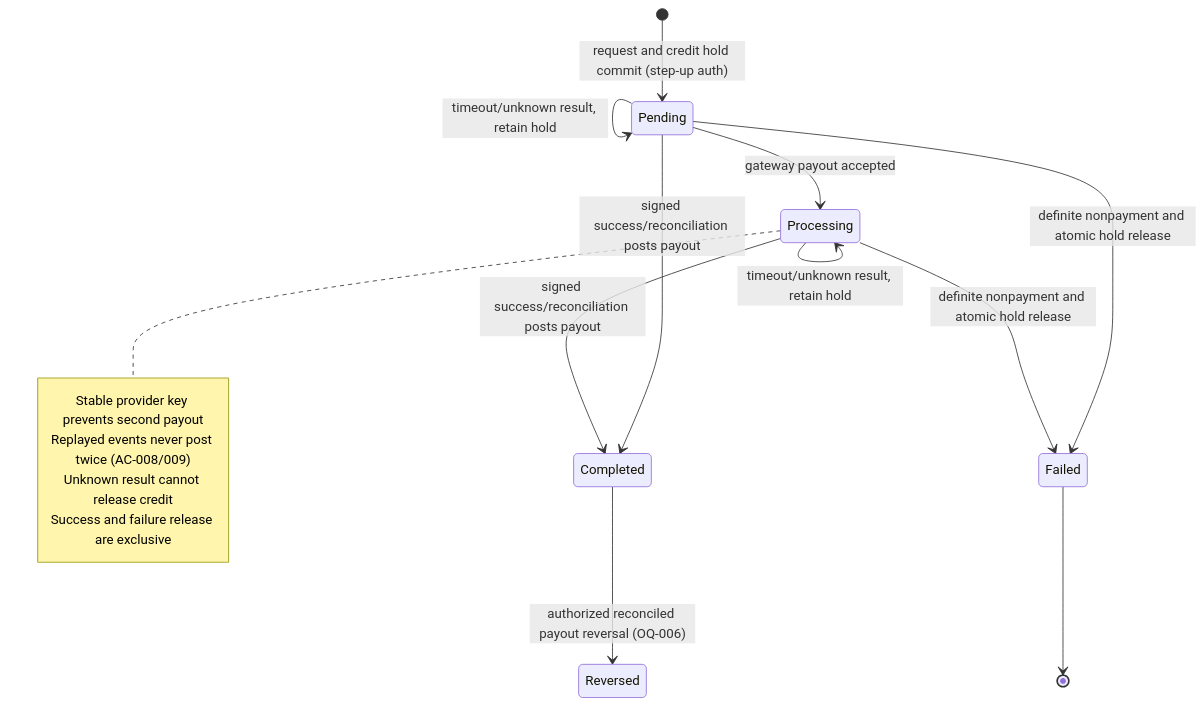
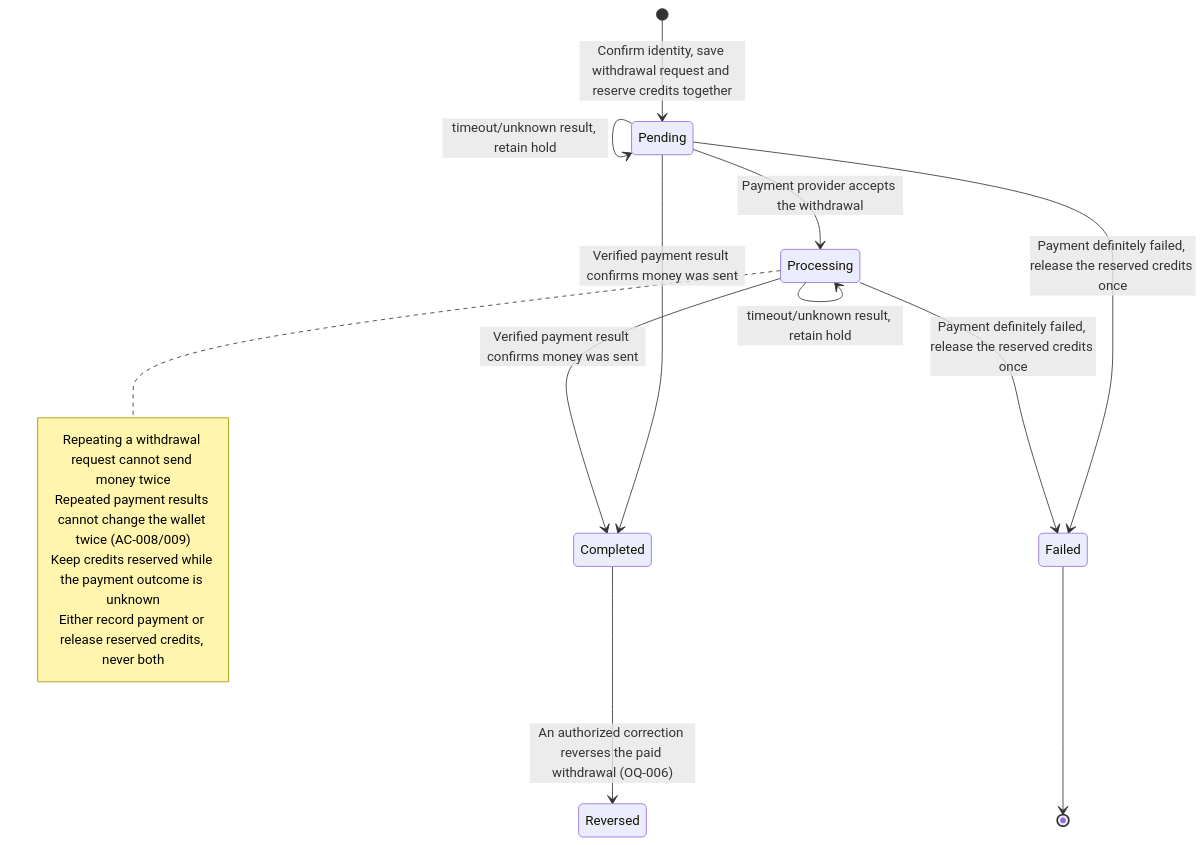
One commit to trankien022/SkillSwap changed the fifth of 5 diagrams in docs/plans/SkillSwap-SRS.md. Above: the diagram before and after it, drawn with Mermaid. The commit also changed other lines of this file and 4 other files, not shown here.

````diff
--- a/docs/plans/SkillSwap-SRS.md
+++ b/docs/plans/SkillSwap-SRS.md
@@ -393,19 +395,19 @@
 ```mermaid
 stateDiagram-v2
-  [*] --> Pending : request and credit hold commit (step-up auth)
-  Pending --> Processing : gateway payout accepted
-  Pending --> Completed : signed success/reconciliation posts payout
-  Processing --> Completed : signed success/reconciliation posts payout
-  Pending --> Failed : definite nonpayment and atomic hold release
-  Processing --> Failed : definite nonpayment and atomic hold release
+  [*] --> Pending : Confirm identity, save withdrawal request and reserve credits together
+  Pending --> Processing : Payment provider accepts the withdrawal
+  Pending --> Completed : Verified payment result confirms money was sent
+  Processing --> Completed : Verified payment result confirms money was sent
+  Pending --> Failed : Payment definitely failed, release the reserved credits once
+  Processing --> Failed : Payment definitely failed, release the reserved credits once
   Pending --> Pending : timeout/unknown result, retain hold
   Processing --> Processing : timeout/unknown result, retain hold
   Failed --> [*]
-  Completed --> Reversed : authorized reconciled payout reversal (OQ-006)
+  Completed --> Reversed : An authorized correction reverses the paid withdrawal (OQ-006)
   note right of Processing
-    Stable provider key prevents second payout
-    Replayed events never post twice (AC-008/009)
-    Unknown result cannot release credit
-    Success and failure release are exclusive
+    Repeating a withdrawal request cannot send money twice
+    Repeated payment results cannot change the wallet twice (AC-008/009)
+    Keep credits reserved while the payment outcome is unknown
+    Either record payment or release reserved credits, never both
   end note
 ```
````
